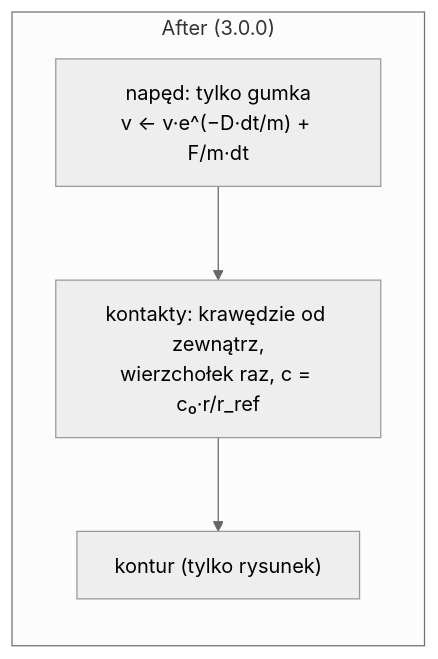
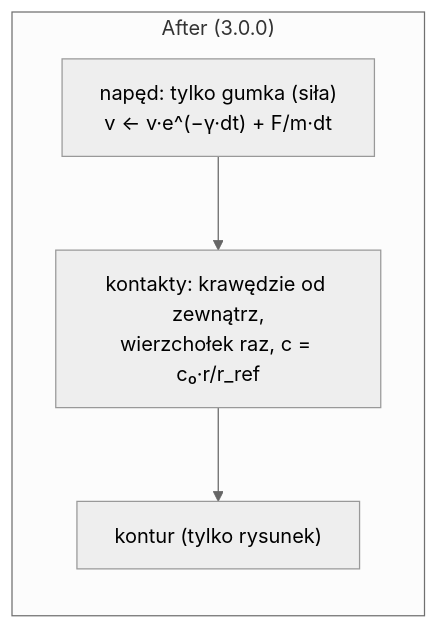
One commit to MariuszAdamowicz/BubblePhysics changed the second of 3 diagrams in docs/sdlc/changes/2026-11-20-engine-3-0-0/change-design.md. Above: the diagram before and after it, drawn with Mermaid (neutral theme). The commit also changed other lines of this file, not shown here.

````diff
--- a/docs/sdlc/changes/2026-11-20-engine-3-0-0/change-design.md
+++ b/docs/sdlc/changes/2026-11-20-engine-3-0-0/change-design.md
@@ -49,7 +49,7 @@
 ```mermaid
 flowchart LR
   subgraph after["After (3.0.0)"]
-    d2["napęd: tylko gumka<br/>v ← v·e^(−D·dt/m) + F/m·dt"] --> s2["kontakty: krawędzie od zewnątrz,<br/>wierzchołek raz, c = c₀·r/r_ref"]
+    d2["napęd: tylko gumka (siła)<br/>v ← v·e^(−γ·dt) + F/m·dt"] --> s2["kontakty: krawędzie od zewnątrz,<br/>wierzchołek raz, c = c₀·r/r_ref"]
     s2 --> c2["kontur (tylko rysunek)"]
   end
 ```
````
